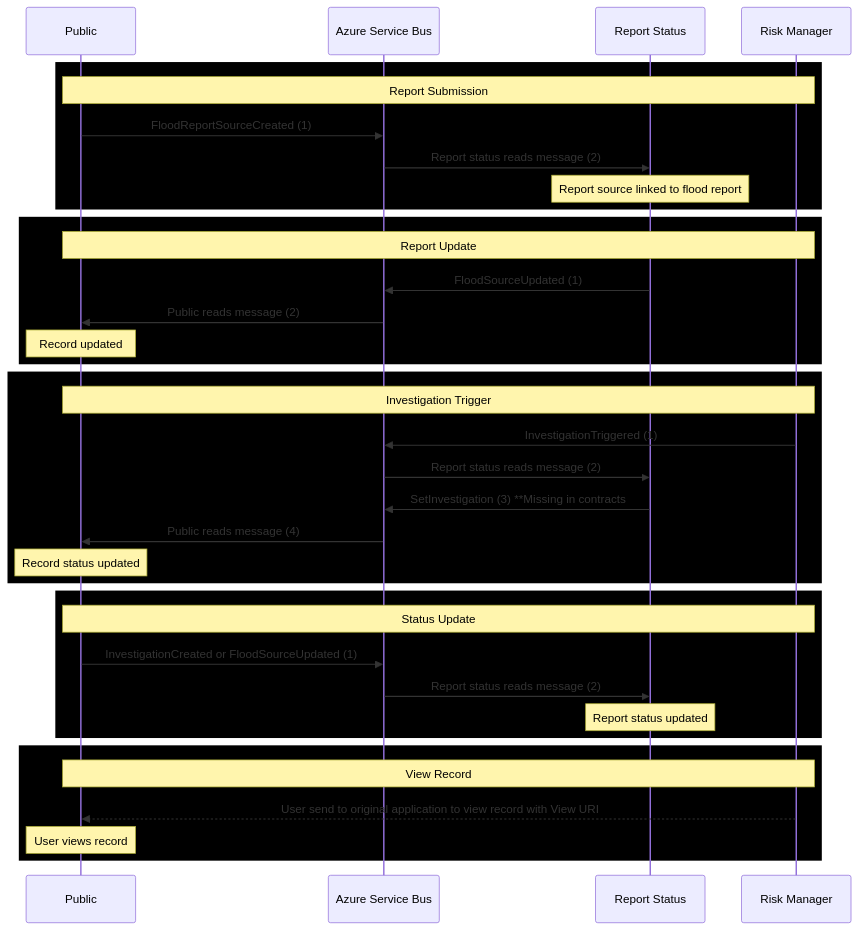
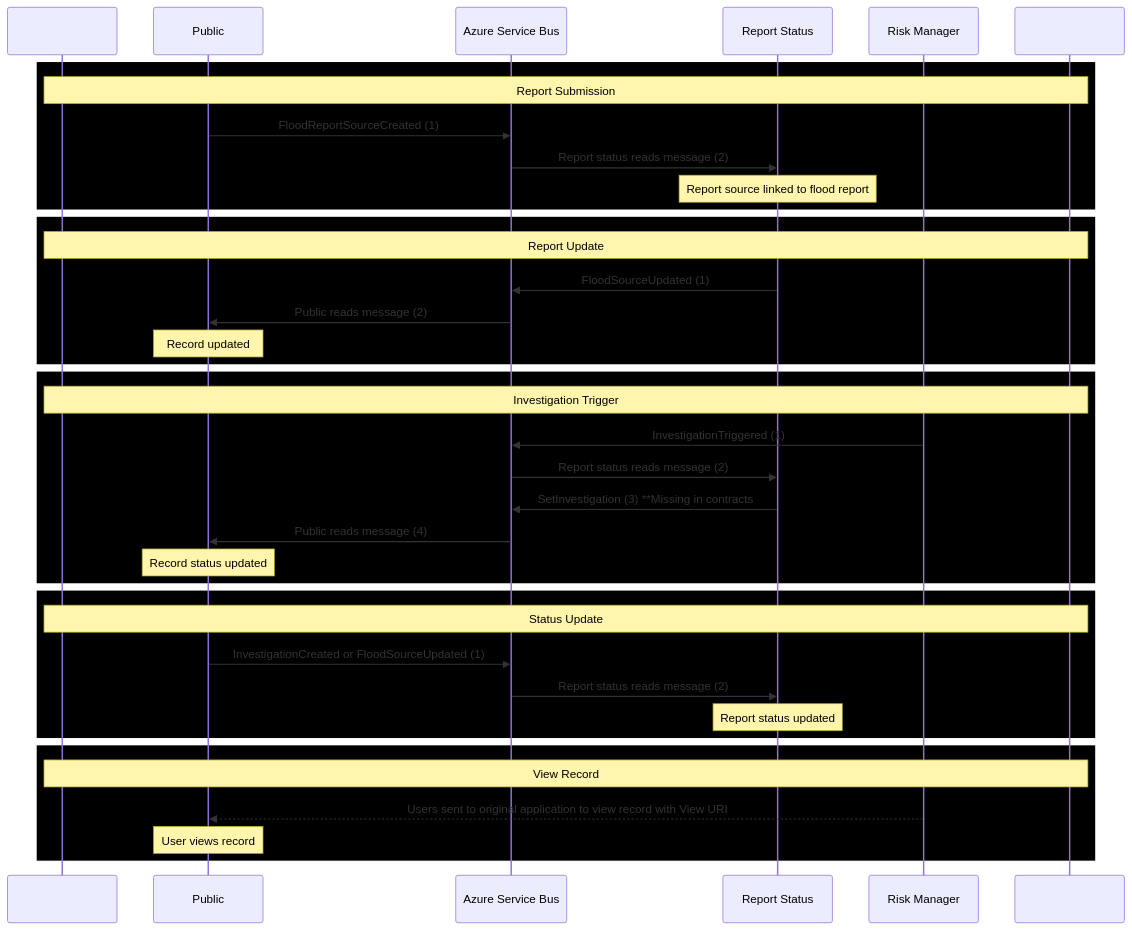
Before and after one commit to Dorset-Council-UK/FloodOnlineReportingTool.Public: the diagram in docs/flows/system_communication_diagram.md, drawn with Mermaid. The commit also changed other lines of this file, not shown here.

Commit message:
Additional justification and changes.

````diff
--- a/docs/flows/system_communication_diagram.md
+++ b/docs/flows/system_communication_diagram.md
@@ -1,45 +1,47 @@
 ```mermaid
 sequenceDiagram
+    participant L as 
     participant Public
     participant ASB as Azure Service Bus
     participant RS as Report Status
     participant RM as Risk Manager
+    participant R as 
     
 
     rect rgb(0, 0, 0)
-        Note over Public,RM: Report Submission
+        Note over L,R: Report Submission
         Public->>ASB: FloodReportSourceCreated (1)
         ASB->>RS: Report status reads message (2)
         Note over RS: Report source linked to flood report
     end
 
     rect rgb(0, 0, 0)
-        Note over Public,RM: Report Update
+        Note over L,R: Report Update
         RS->>ASB: FloodSourceUpdated (1)
         ASB->>Public: Public reads message (2)
         Note over Public: Record updated
     end
 
     rect rgb(0, 0, 0)
-        Note over Public,RM: Investigation Trigger
+        Note over L,R: Investigation Trigger
         RM->>ASB: InvestigationTriggered (1)
         ASB->>RS: Report status reads message (2)
         RS->>ASB: SetInvestigation (3) **Missing in contracts
         ASB->>Public: Public reads message (4)
         Note over Public: Record status updated
     end
 
     rect rgb(0, 0, 0)
-        Note over Public,RM: Status Update
+        Note over L,R: Status Update
         Public->>ASB: InvestigationCreated or FloodSourceUpdated (1)
         ASB->>RS: Report status reads message (2)
         Note over RS: Report status updated
     end
 
 
     rect rgb(0, 0, 0)
-        Note over Public,RM: View Record
-        RM-->>Public: User send to original application to view record with View URI
+        Note over L,R: View Record
+        RM-->>Public: Users sent to original application to view record with View URI
         Note over Public: User views record
     end
 ```
````
